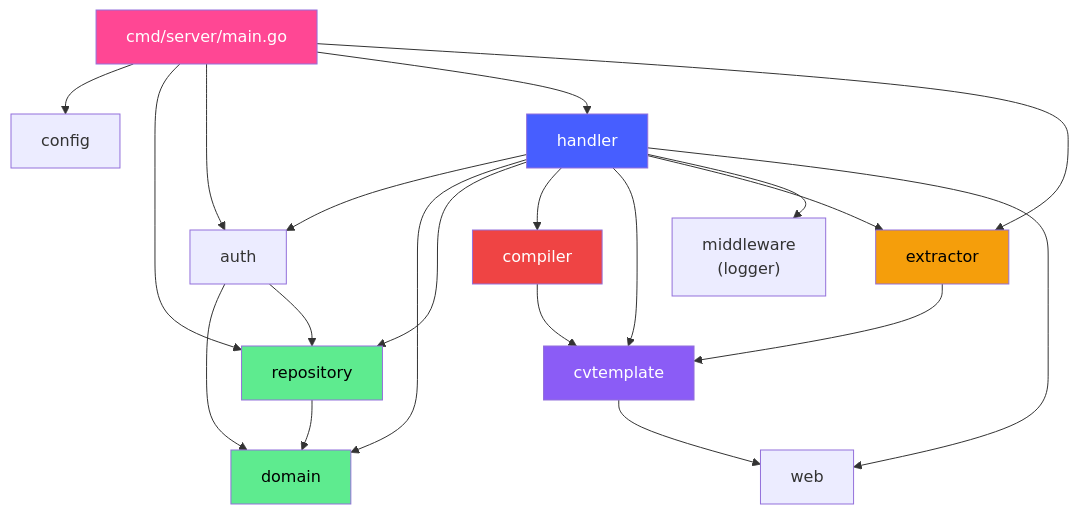
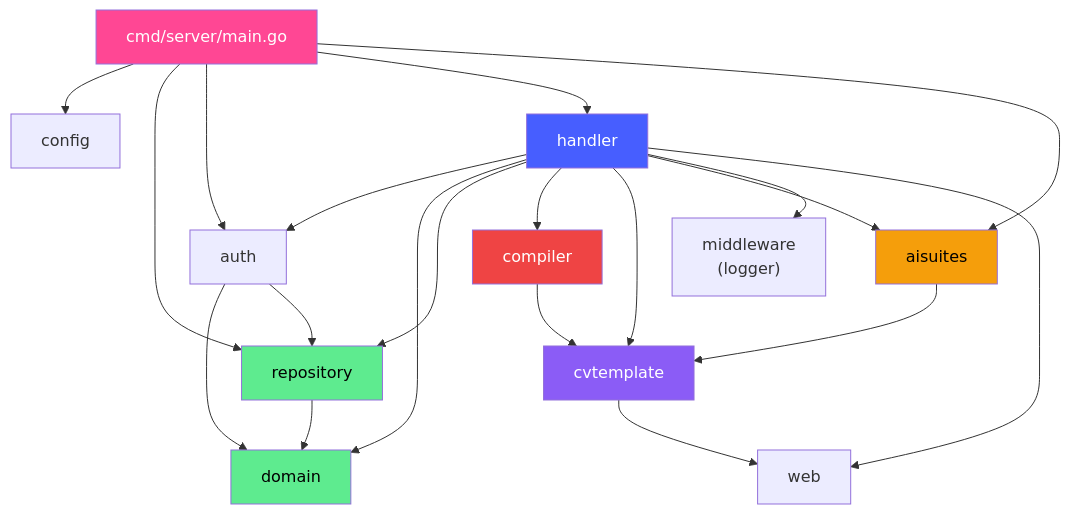
The third of 8 diagrams in KNOWLEDGE_GRAPH.md (SemmiDev/atstex-lab), drawn with Mermaid before and after one commit. The commit also changed other lines of this file and 25 other files, not shown here.

First line of the commit message:
refactor: rename extractor package to aisuites

````diff
--- a/KNOWLEDGE_GRAPH.md
+++ b/KNOWLEDGE_GRAPH.md
@@ -320,40 +320,40 @@
 ```mermaid
 graph TD
     main["cmd/server/main.go"]
 
     main --> config
     main --> repository
     main --> auth
     main --> handler
-    main --> extractor
+    main --> aisuites
 
     handler --> auth
     handler --> domain
     handler --> repository
     handler --> compiler
     handler --> cvtemplate
-    handler --> extractor
+    handler --> aisuites
     handler --> middleware
     handler --> web
 
     auth --> domain
     auth --> repository
 
     compiler --> cvtemplate
 
     cvtemplate --> web
 
-    extractor --> cvtemplate
+    aisuites --> cvtemplate
 
     repository --> domain
 
     middleware["middleware\n(logger)"]
 
     style main fill:#ff4794,color:#fff
     style handler fill:#475eff,color:#fff
     style domain fill:#5eeb8f,color:#000
     style repository fill:#5eeb8f,color:#000
-    style extractor fill:#f59e0b,color:#000
+    style aisuites fill:#f59e0b,color:#000
     style compiler fill:#ef4444,color:#fff
     style cvtemplate fill:#8b5cf6,color:#fff
 ```
````
